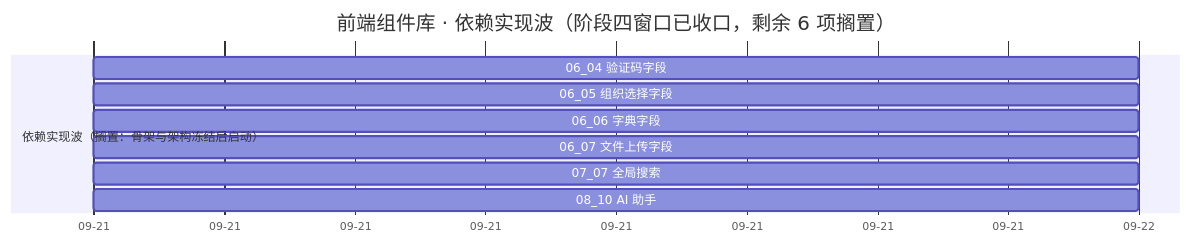
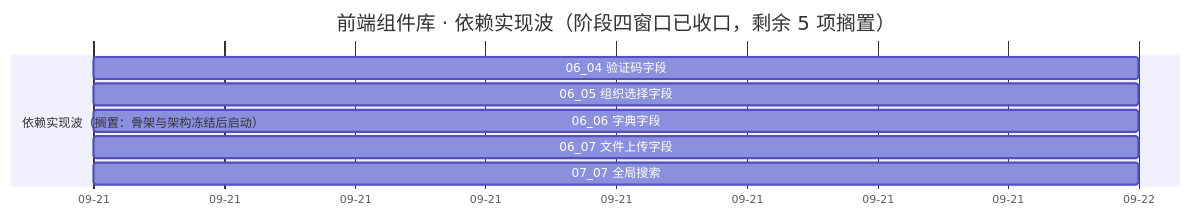
The diagram in bms文档/项目/04_前端组件库/计划/01_计划_前端组件库.md (minjian123/basic-management-system), drawn with Mermaid before and after one commit. The commit also changed other lines of this file and 8 other files, not shown here.

````diff
--- a/bms文档/项目/04_前端组件库/计划/01_计划_前端组件库.md
+++ b/bms文档/项目/04_前端组件库/计划/01_计划_前端组件库.md
@@ -76,14 +77,13 @@
 ```mermaid
 gantt
-    title 前端组件库 · 依赖实现波（阶段四窗口已收口，剩余 6 项搁置）
+    title 前端组件库 · 依赖实现波（阶段四窗口已收口，剩余 5 项搁置）
     dateFormat  YYYY-MM-DD
     axisFormat %m-%d
-    %% 已完成任务不入甘特：域 02 / 03 / 04 / 05 / 10 与域 06（06_01 ~ 06_03）、域 07（07_01 ~ 07_03 / 07_05 / 07_06）、域 08（08_01 ~ 08_09）均已完成
+    %% 已完成任务不入甘特：域 02 / 03 / 04 / 05 / 10 与域 06（06_01 ~ 06_03）、域 07（07_01 ~ 07_03 / 07_05 / 07_06）、域 08（08_01 ~ 08_10）均已完成
     section 依赖实现波（搁置：骨架与架构冻结后启动）
     06_04 验证码字段 :c0604, 2026-09-21, 1d
     06_05 组织选择字段 :c0605, 2026-09-21, 1d
     06_06 字典字段 :c0606, 2026-09-21, 1d
     06_07 文件上传字段 :c0607, 2026-09-21, 1d
     07_07 全局搜索 :c0707, 2026-09-21, 1d
-    08_10 AI 助手 :c0810, 2026-09-21, 1d
 ```
````
